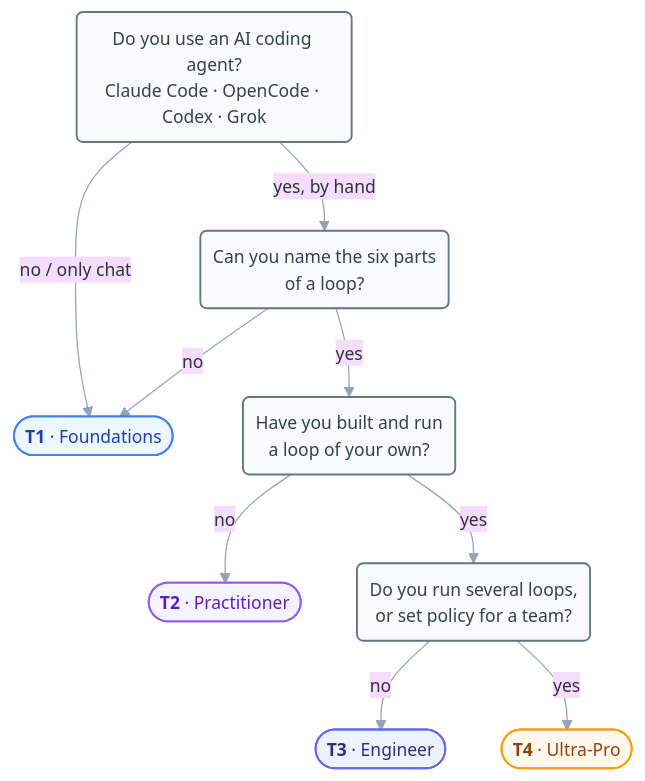
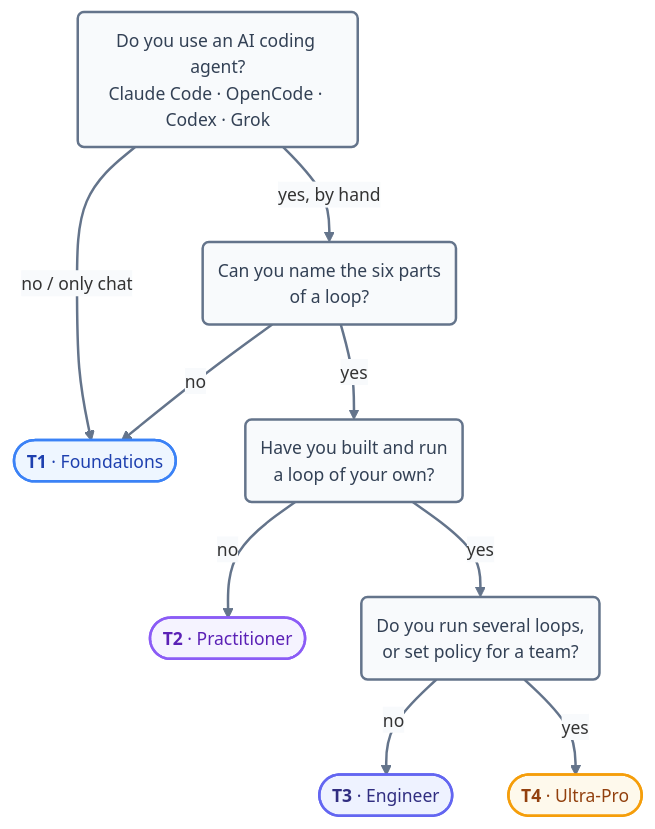
The diagram in docs/00-start-here/README.md (ayeshakhalid192007-dev/LoopEngineering-CrashCourse), drawn with Mermaid before and after one commit. The commit also changed 66 other files, not shown here.

First line of the commit message:
docs(diagrams): bolden and unify all 70 mermaid diagrams

````diff
--- a/docs/00-start-here/README.md
+++ b/docs/00-start-here/README.md
@@ -23,17 +23,18 @@
 ```mermaid
-%%{init: {'theme':'base','themeVariables':{'fontFamily':'ui-sans-serif, system-ui, sans-serif','fontSize':'14px','lineColor':'#94a3b8'},'flowchart':{'curve':'basis','nodeSpacing':45,'rankSpacing':50,'padding':10}}}%%
+%%{init: {'theme':'base','themeVariables':{'fontFamily':'ui-sans-serif, system-ui, sans-serif','fontSize':'14px','lineColor':'#64748b','edgeLabelBackground':'#f8fafc'},'flowchart':{'curve':'basis','nodeSpacing':45,'rankSpacing':55,'padding':12}}}%%
 flowchart TD
     A("Do you use an AI coding agent?<br/>Claude Code · OpenCode · Codex · Grok"):::q -->|"no / only chat"| T1
     A -->|"yes, by hand"| B("Can you name the six parts<br/>of a loop?"):::q
     B -->|no| T1(["<b>T1</b> · Foundations"]):::t1
     B -->|yes| C("Have you built and run<br/>a loop of your own?"):::q
     C -->|no| T2(["<b>T2</b> · Practitioner"]):::t2
     C -->|yes| D("Do you run several loops,<br/>or set policy for a team?"):::q
     D -->|no| T3(["<b>T3</b> · Engineer"]):::t3
     D -->|yes| T4(["<b>T4</b> · Ultra-Pro"]):::t4
-    classDef q fill:#f8fafc,stroke:#64748b,stroke-width:1.5px,color:#334155;
-    classDef t1 fill:#eef6ff,stroke:#3b82f6,stroke-width:1.5px,color:#1e40af;
-    classDef t2 fill:#f5f3ff,stroke:#8b5cf6,stroke-width:1.5px,color:#5b21b6;
-    classDef t3 fill:#eef2ff,stroke:#6366f1,stroke-width:1.5px,color:#312e81;
-    classDef t4 fill:#fef9ec,stroke:#f59e0b,stroke-width:1.5px,color:#92400e;
+    linkStyle default stroke:#64748b,stroke-width:2px;
+    classDef q fill:#f8fafc,stroke:#64748b,stroke-width:2px,color:#334155;
+    classDef t1 fill:#eef6ff,stroke:#3b82f6,stroke-width:2px,color:#1e40af;
+    classDef t2 fill:#f5f3ff,stroke:#8b5cf6,stroke-width:2px,color:#5b21b6;
+    classDef t3 fill:#eef2ff,stroke:#6366f1,stroke-width:2px,color:#312e81;
+    classDef t4 fill:#fef9ec,stroke:#f59e0b,stroke-width:2px,color:#92400e;
 ```
````
